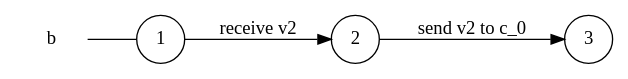
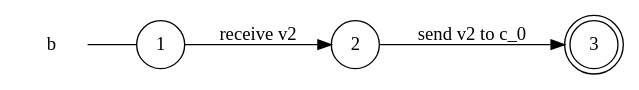
One commit to gabrielegenovese/chorer changed the diagram in examples/trick/b_local_view.dot. Above: the diagram before and after it, drawn with Graphviz. The commit also changed 36 other files, not shown here.

```diff
--- a/examples/trick/b_local_view.dot
+++ b/examples/trick/b_local_view.dot
@@ -1,11 +1,11 @@
 digraph b {
 	rankdir="LR";
 	n_0 [label="b", shape="plaintext"];
 	n_1 [id="1", shape=circle, label="1"];
 	n_0 -> n_1 [arrowhead=none];
 	n_2 [id="2", shape=circle, label="2"];
-	n_3 [id="3", shape=circle, label="3"];
+	n_3 [id="3", shape=doublecircle, label="3"];
 
-	n_2 -> n_3 [id="[$e|0]", label="send v2 to c_0"];
-	n_1 -> n_2 [id="[$e|1]", label="receive v2"];
+	n_2 -> n_3 [id="[$e|1]", label="send v2 to c_0"];
+	n_1 -> n_2 [id="[$e|0]", label="receive v2"];
 }
```
